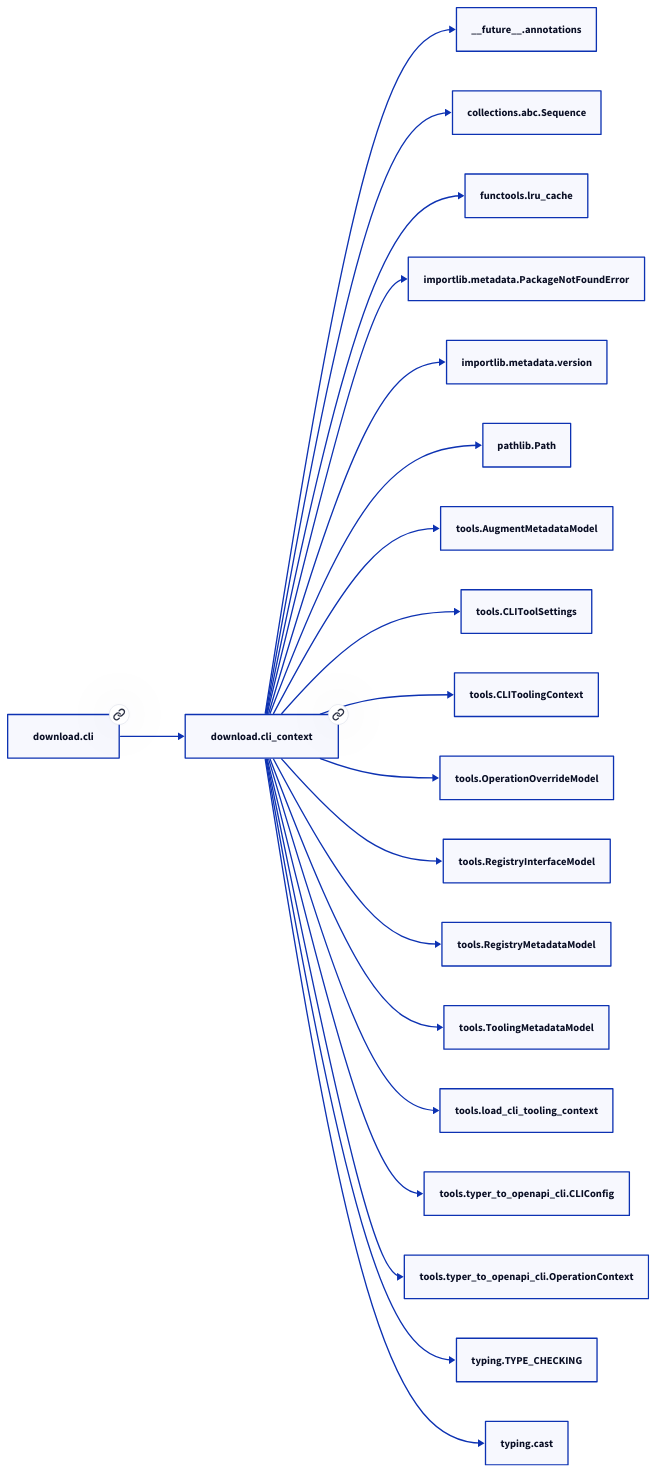
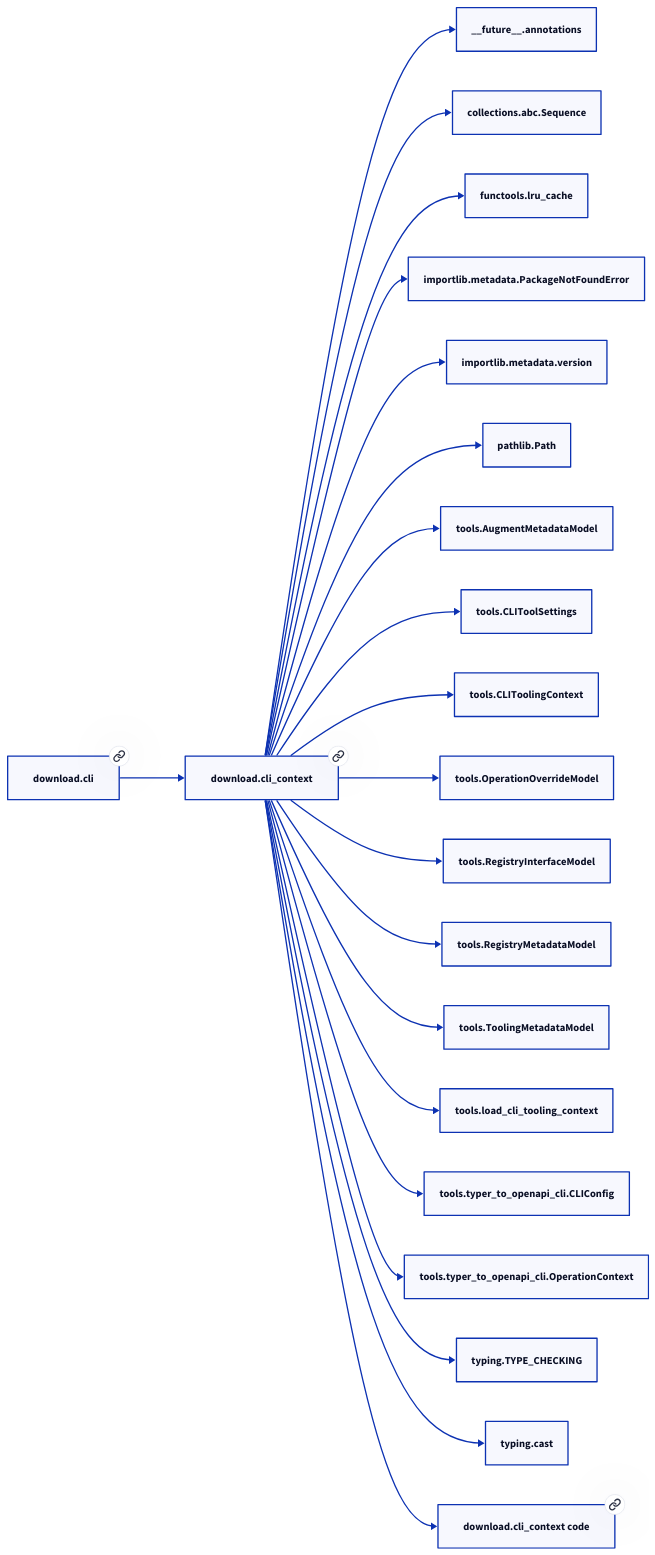
One commit to paul-heyse/kgforge changed the diagram in docs/modules/download/cli_context.md. Above: the diagram before and after it, drawn with D2. The commit also changed other lines of this file and 319 other files, not shown here.

````diff
--- a/docs/modules/download/cli_context.md
+++ b/docs/modules/download/cli_context.md
@@ -67,42 +69,44 @@
 ```d2
 direction: right
-"download.cli_context": "download.cli_context" { link: "cli_context.md" }
+"download.cli_context": "download.cli_context" { link: "./download/cli_context.md" }
 "__future__.annotations": "__future__.annotations"
 "download.cli_context" -> "__future__.annotations"
 "collections.abc.Sequence": "collections.abc.Sequence"
 "download.cli_context" -> "collections.abc.Sequence"
 "functools.lru_cache": "functools.lru_cache"
 "download.cli_context" -> "functools.lru_cache"
 "importlib.metadata.PackageNotFoundError": "importlib.metadata.PackageNotFoundError"
 "download.cli_context" -> "importlib.metadata.PackageNotFoundError"
 "importlib.metadata.version": "importlib.metadata.version"
 "download.cli_context" -> "importlib.metadata.version"
 "pathlib.Path": "pathlib.Path"
 "download.cli_context" -> "pathlib.Path"
 "tools.AugmentMetadataModel": "tools.AugmentMetadataModel"
 "download.cli_context" -> "tools.AugmentMetadataModel"
 "tools.CLIToolSettings": "tools.CLIToolSettings"
 "download.cli_context" -> "tools.CLIToolSettings"
 "tools.CLIToolingContext": "tools.CLIToolingContext"
 "download.cli_context" -> "tools.CLIToolingContext"
 "tools.OperationOverrideModel": "tools.OperationOverrideModel"
 "download.cli_context" -> "tools.OperationOverrideModel"
 "tools.RegistryInterfaceModel": "tools.RegistryInterfaceModel"
 "download.cli_context" -> "tools.RegistryInterfaceModel"
 "tools.RegistryMetadataModel": "tools.RegistryMetadataModel"
 "download.cli_context" -> "tools.RegistryMetadataModel"
 "tools.ToolingMetadataModel": "tools.ToolingMetadataModel"
 "download.cli_context" -> "tools.ToolingMetadataModel"
 "tools.load_cli_tooling_context": "tools.load_cli_tooling_context"
 "download.cli_context" -> "tools.load_cli_tooling_context"
 "tools.typer_to_openapi_cli.CLIConfig": "tools.typer_to_openapi_cli.CLIConfig"
 "download.cli_context" -> "tools.typer_to_openapi_cli.CLIConfig"
 "tools.typer_to_openapi_cli.OperationContext": "tools.typer_to_openapi_cli.OperationContext"
 "download.cli_context" -> "tools.typer_to_openapi_cli.OperationContext"
 "typing.TYPE_CHECKING": "typing.TYPE_CHECKING"
 "download.cli_context" -> "typing.TYPE_CHECKING"
 "typing.cast": "typing.cast"
 "download.cli_context" -> "typing.cast"
-"download.cli": "download.cli" { link: "cli.md" }
+"download.cli": "download.cli" { link: "./download/cli.md" }
 "download.cli" -> "download.cli_context"
+"download.cli_context_code": "download.cli_context code" { link: "https://github.com/kgfoundry/kgfoundry/blob/main/src/download/cli_context.py" }
+"download.cli_context" -> "download.cli_context_code" { style: dashed }
 ```
````
